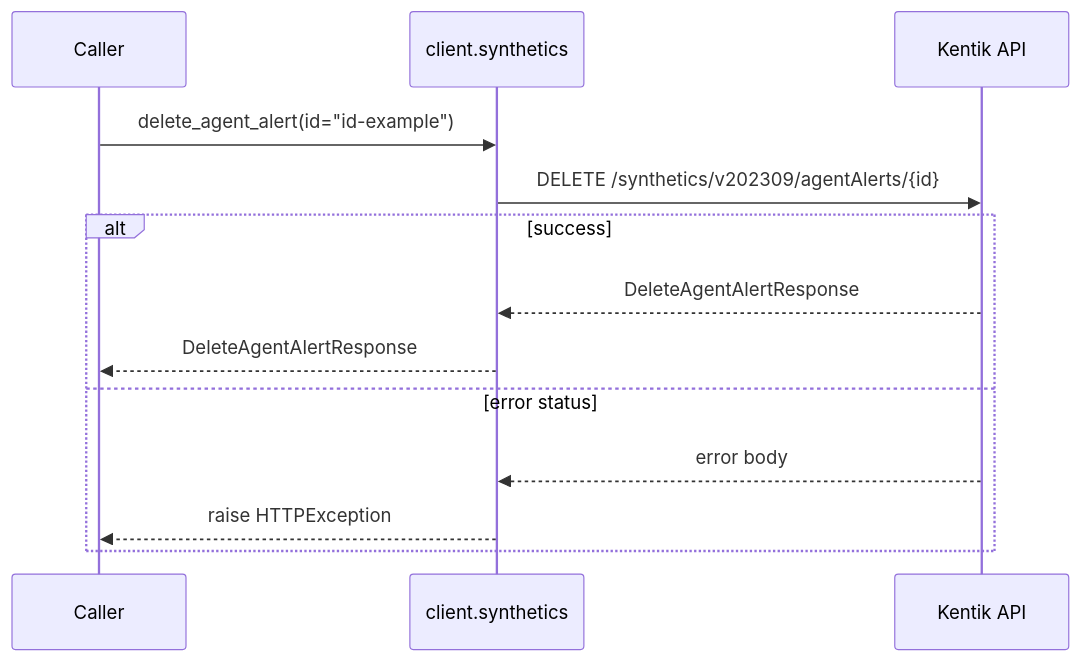
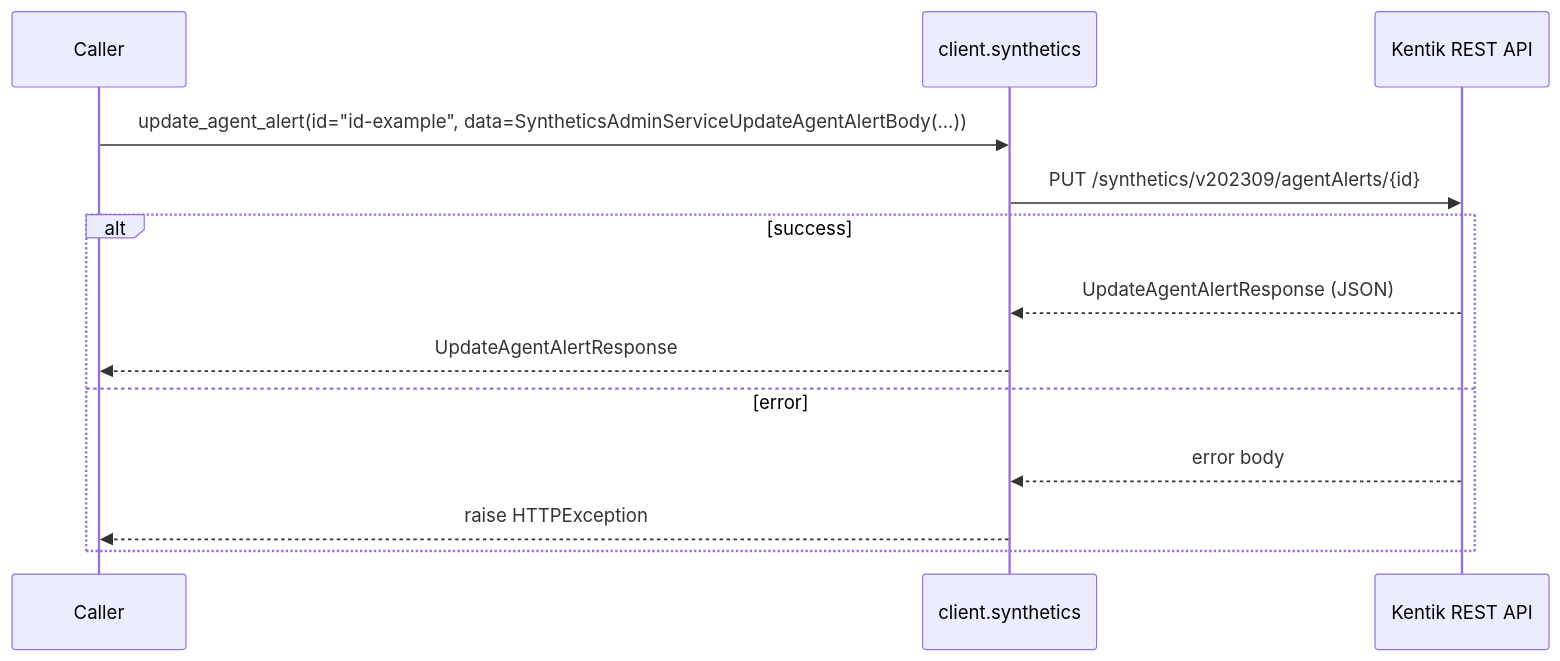
The eighth of 38 diagrams in docs/sphinx/services/synthetics.md (alexdearaujo/community_sdk_python), drawn with Mermaid before and after one commit. The commit also changed other lines of this file and 61 other files, not shown here.

````diff
--- a/docs/sphinx/services/synthetics.md
+++ b/docs/sphinx/services/synthetics.md
@@ -235,16 +260,16 @@
 ```mermaid
 sequenceDiagram
     participant C as Caller
     participant W as client.synthetics
-    participant API as Kentik API
+    participant API as Kentik REST API
 
-    C->>W: delete_agent_alert(id="id-example")
-    W->>API: DELETE /synthetics/v202309/agentAlerts/{id}
+    C->>W: update_agent_alert(id="id-example", data=SyntheticsAdminServiceUpdateAgentAlertBody(...))
+    W->>API: PUT /synthetics/v202309/agentAlerts/{id}
     alt success
-        API-->>W: DeleteAgentAlertResponse
-        W-->>C: DeleteAgentAlertResponse
-    else error status
+        API-->>W: UpdateAgentAlertResponse (JSON)
+        W-->>C: UpdateAgentAlertResponse
+    else error
         API-->>W: error body
         W-->>C: raise HTTPException
     end
 ```
````
